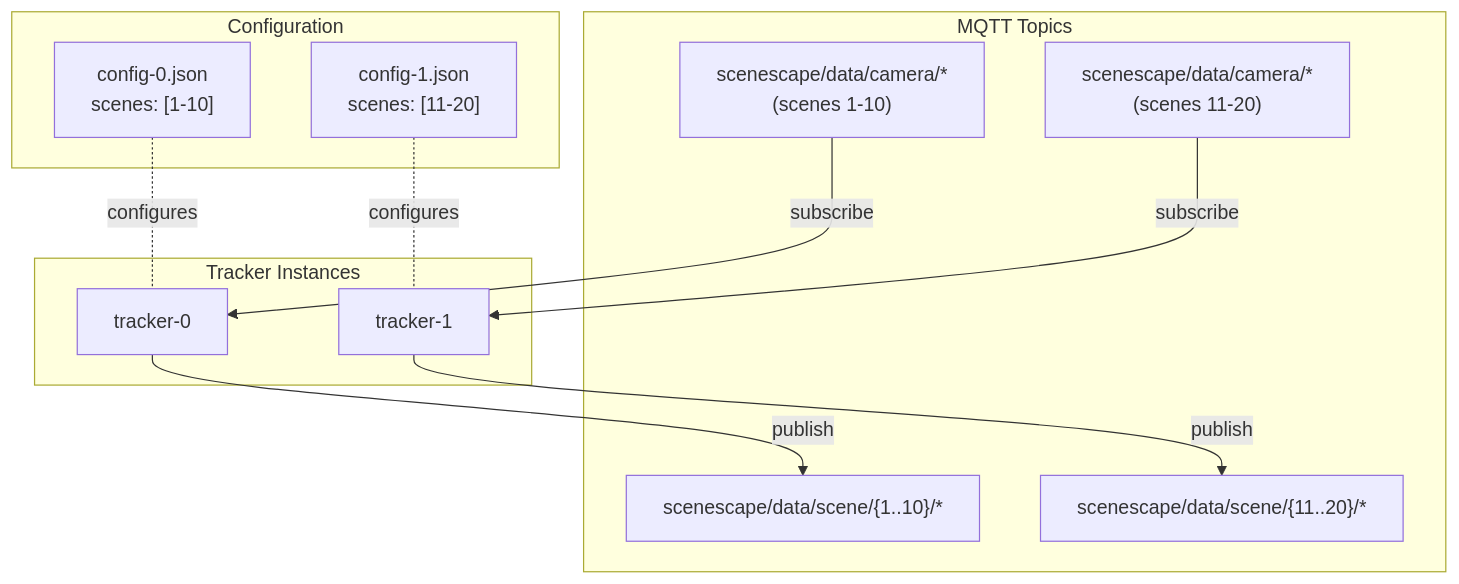
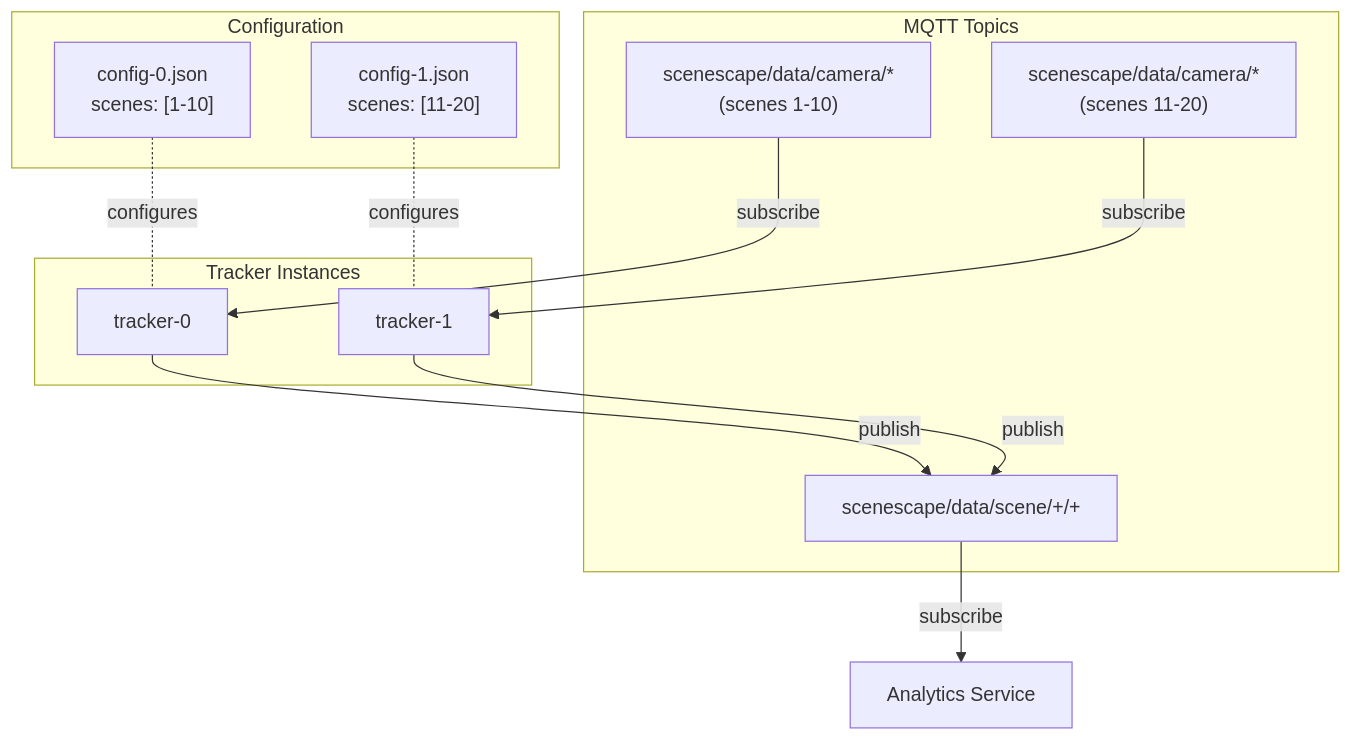
Before and after one commit to open-edge-platform/scenescape: the third of 5 diagrams in docs/design/tracker-service.md, drawn with Mermaid. The commit also changed other lines of this file, not shown here.

````diff
--- a/docs/design/tracker-service.md
+++ b/docs/design/tracker-service.md
@@ -315,28 +298,31 @@
 ```mermaid
 flowchart TB
     subgraph CFG["Configuration"]
         C0["config-0.json<br/>scenes: [1-10]"]
         C1["config-1.json<br/>scenes: [11-20]"]
     end
 
     subgraph MQTT["MQTT Topics"]
         D0["scenescape/data/camera/*<br/>(scenes 1-10)"]
         D1["scenescape/data/camera/*<br/>(scenes 11-20)"]
-        T0["scenescape/data/scene/{1..10}/*"]
-        T1["scenescape/data/scene/{11..20}/*"]
+        T["scenescape/data/scene/+/+"]
     end
 
     subgraph INST["Tracker Instances"]
         I0["tracker-0"]
         I1["tracker-1"]
     end
 
+    AS["Analytics Service"]
+
     C0 -.configures.- I0
     C1 -.configures.- I1
 
     D0 -->|subscribe| I0
-    I0 -->|publish| T0
+    I0 -->|publish| T
 
     D1 -->|subscribe| I1
-    I1 -->|publish| T1
+    I1 -->|publish| T
+
+    T -->|subscribe| AS
 ```
````
